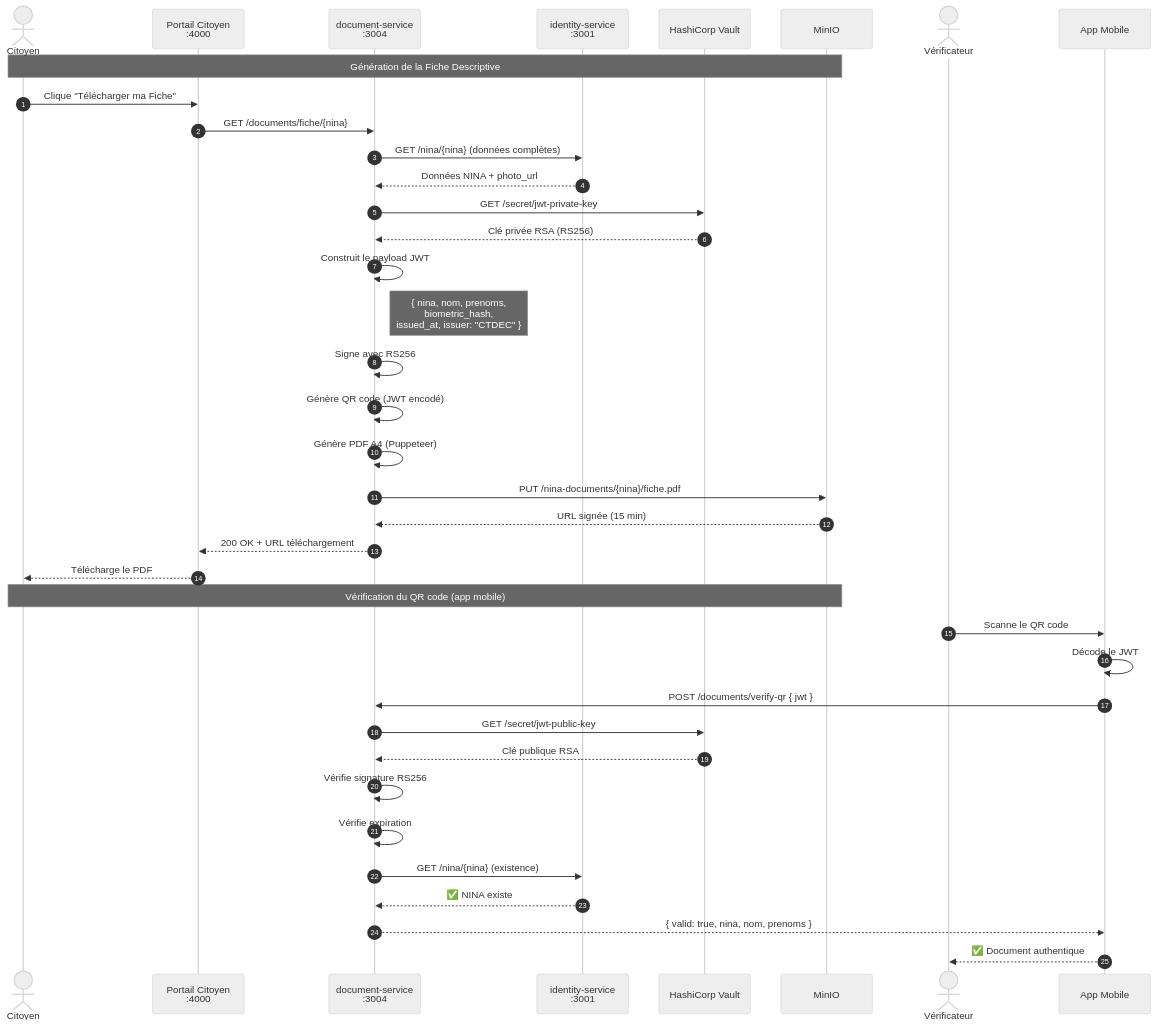
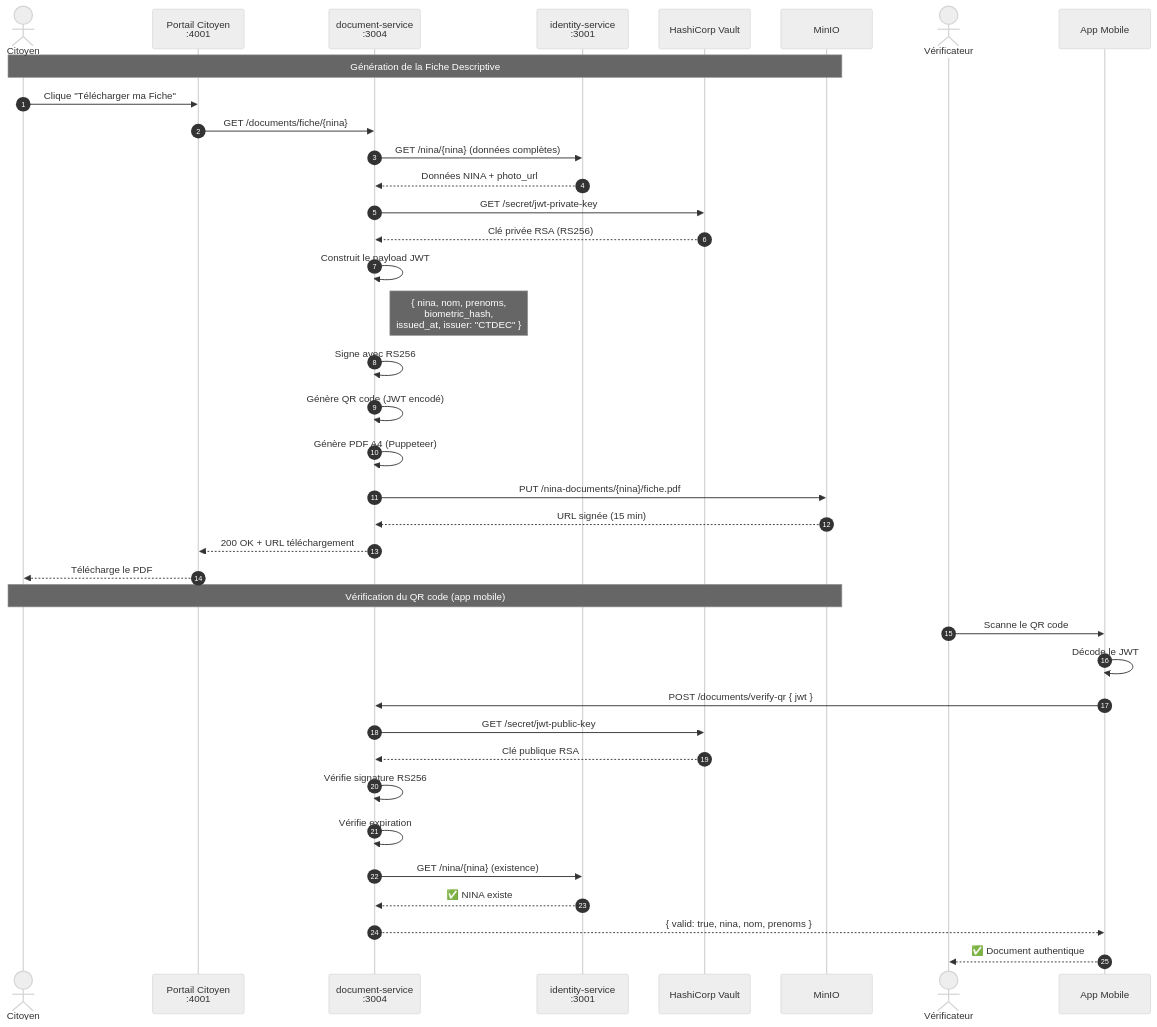
The sixth of 13 diagrams in docs/02-ARCHITECTURE-GLOBALE.md (TheManInPink/Session-Ete-2026), drawn with Mermaid (neutral theme) before and after one commit. The commit also changed other lines of this file and 5 other files, not shown here.

````diff
--- a/docs/02-ARCHITECTURE-GLOBALE.md
+++ b/docs/02-ARCHITECTURE-GLOBALE.md
@@ -339,50 +339,50 @@
 ```mermaid
 sequenceDiagram
     autonumber
     actor C as Citoyen
-    participant FE as Portail Citoyen<br/>:4000
+    participant FE as Portail Citoyen<br/>:4001
     participant DOC as document-service<br/>:3004
     participant ID as identity-service<br/>:3001
     participant VAULT as HashiCorp Vault
     participant MINIO as MinIO
 
     Note over C,MINIO: Génération de la Fiche Descriptive
 
     C->>FE: Clique "Télécharger ma Fiche"
     FE->>DOC: GET /documents/fiche/{nina}
     DOC->>ID: GET /nina/{nina} (données complètes)
     ID-->>DOC: Données NINA + photo_url
 
     DOC->>VAULT: GET /secret/jwt-private-key
     VAULT-->>DOC: Clé privée RSA (RS256)
 
     DOC->>DOC: Construit le payload JWT
     Note right of DOC: { nina, nom, prenoms,<br/>biometric_hash,<br/>issued_at, issuer: "CTDEC" }
     DOC->>DOC: Signe avec RS256
     DOC->>DOC: Génère QR code (JWT encodé)
     DOC->>DOC: Génère PDF A4 (Puppeteer)
 
     DOC->>MINIO: PUT /nina-documents/{nina}/fiche.pdf
     MINIO-->>DOC: URL signée (15 min)
 
     DOC-->>FE: 200 OK + URL téléchargement
     FE-->>C: Télécharge le PDF
 
     Note over C,MINIO: Vérification du QR code (app mobile)
 
     actor V as Vérificateur
     participant MOB as App Mobile
 
     V->>MOB: Scanne le QR code
     MOB->>MOB: Décode le JWT
     MOB->>DOC: POST /documents/verify-qr { jwt }
     DOC->>VAULT: GET /secret/jwt-public-key
     VAULT-->>DOC: Clé publique RSA
     DOC->>DOC: Vérifie signature RS256
     DOC->>DOC: Vérifie expiration
     DOC->>ID: GET /nina/{nina} (existence)
     ID-->>DOC: ✅ NINA existe
 
     DOC-->>MOB: { valid: true, nina, nom, prenoms }
     MOB-->>V: ✅ Document authentique
 ```
````
